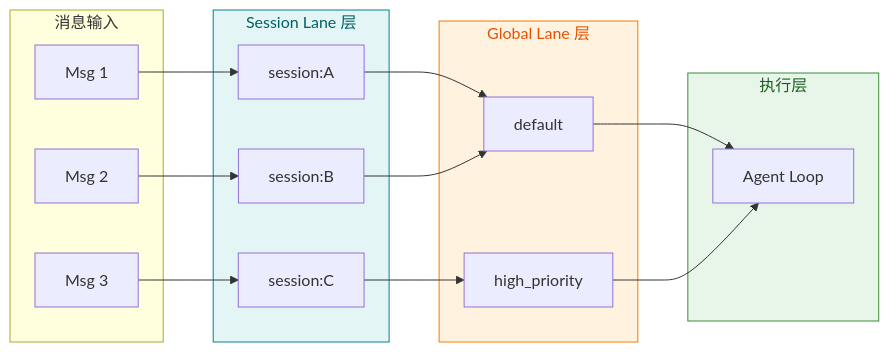
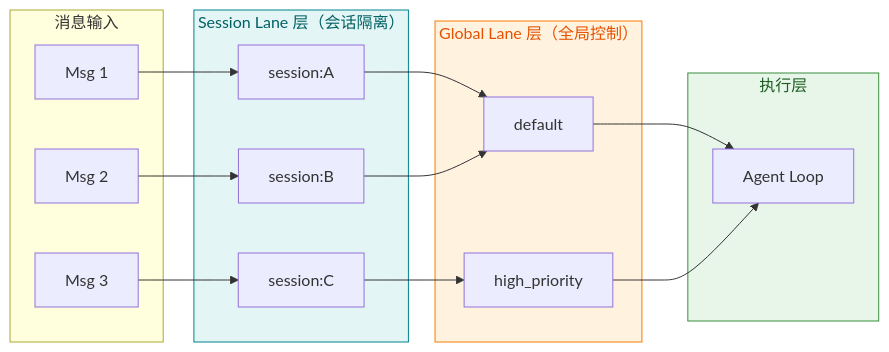
The second of 4 diagrams in _posts/2026-03-05-agent-design-02-architecture-practice.md (FreezeSoul/freezesoul.github.com), drawn with Mermaid before and after one commit. The commit also changed other lines of this file and 2 other files, not shown here.

````diff
--- a/_posts/2026-03-05-agent-design-02-architecture-practice.md
+++ b/_posts/2026-03-05-agent-design-02-architecture-practice.md
@@ -111,38 +92,38 @@
 ```mermaid
 flowchart LR
     subgraph Input["消息输入"]
         M1["Msg 1"]
         M2["Msg 2"]
         M3["Msg 3"]
     end
-    
-    subgraph SessionLanes["Session Lane 层"]
+
+    subgraph SessionLanes["Session Lane 层（会话隔离）"]
         S1["session:A"]
         S2["session:B"]
         S3["session:C"]
     end
-    
-    subgraph GlobalLanes["Global Lane 层"]
+
+    subgraph GlobalLanes["Global Lane 层（全局控制）"]
         G1["default"]
         G2["high_priority"]
     end
-    
+
     subgraph Execution["执行层"]
         E1["Agent Loop"]
     end
-    
+
     M1 --> S1
     M2 --> S2
     M3 --> S3
-    
+
     S1 --> G1
     S2 --> G1
     S3 --> G2
-    
+
     G1 --> E1
     G2 --> E1
-    
+
     style SessionLanes fill:#e3f5f5,stroke:#00838f,color:#006064
     style GlobalLanes fill:#fff3e0,stroke:#f57c00,color:#e65100
     style Execution fill:#e8f5e9,stroke:#388e3c,color:#1b5e20
 ```
````
